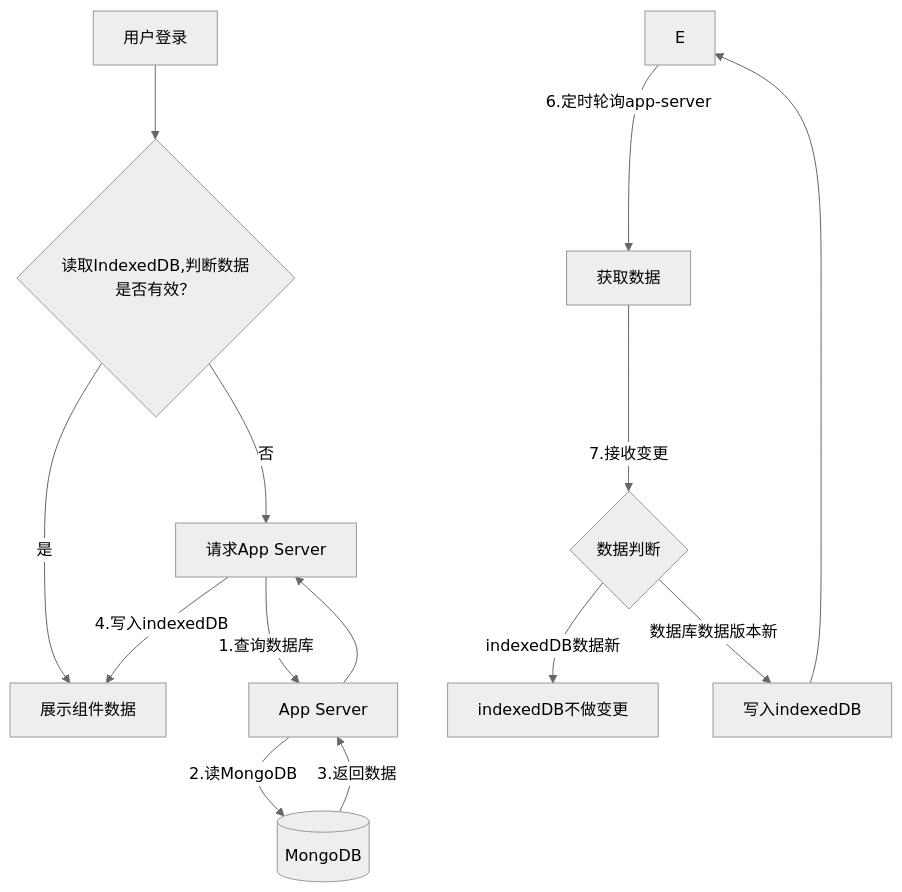
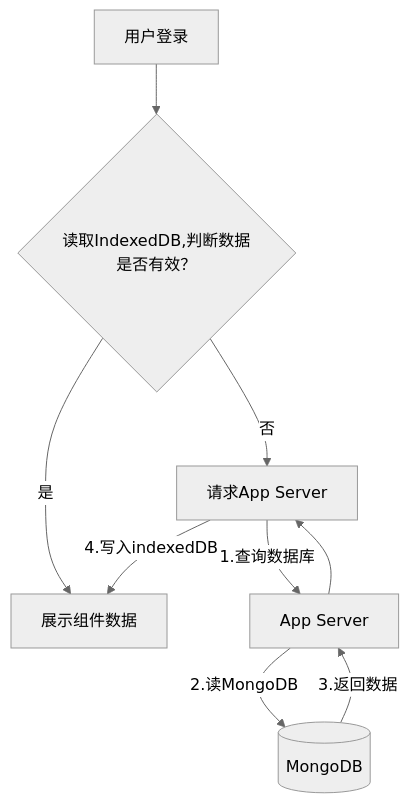
The diagram in all/未命名-22.md (yingjianzh/iodraw-files), drawn with Mermaid (neutral theme) before and after one commit.

Commit message:
2025-02-18 16:10:45 update

````diff
--- a/all/未命名-22.md
+++ b/all/未命名-22.md
@@ -1,16 +1,13 @@
 ```mermaid
 graph TD
     A[用户登录] --> B{读取IndexedDB,判断数据是否有效？}
     B -->|是| C[展示组件数据]
     B -->|否| D[请求App Server]
     
     D -->|1.查询数据库| F[App Server]
     F -->|2.读MongoDB| G[(MongoDB)]
     G -->|3.返回数据| F --> D
     D -->|4.写入indexedDB| C
-    E -->|6.定时轮询app-server| H[获取数据]
-    H -->|7.接收变更| I{数据判断}
-    I -->|indexedDB数据新| J[indexedDB不做变更]
-    I -->|数据库数据版本新| K[写入indexedDB]
-    K --> E
+   
+    
 ```
````
